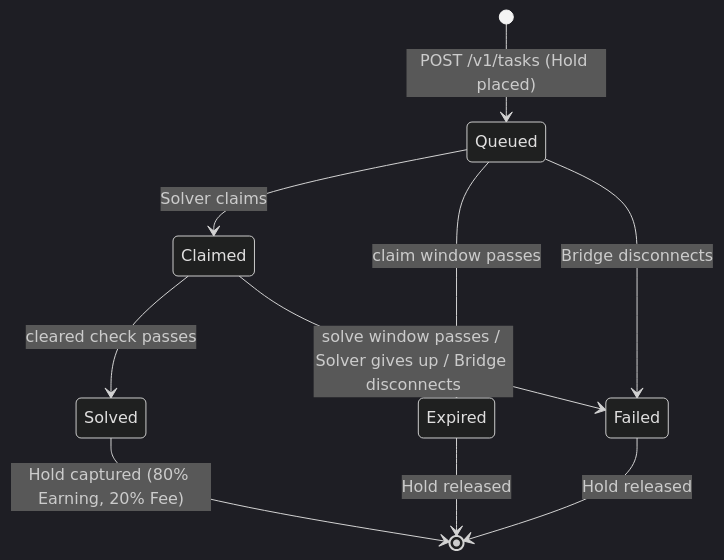
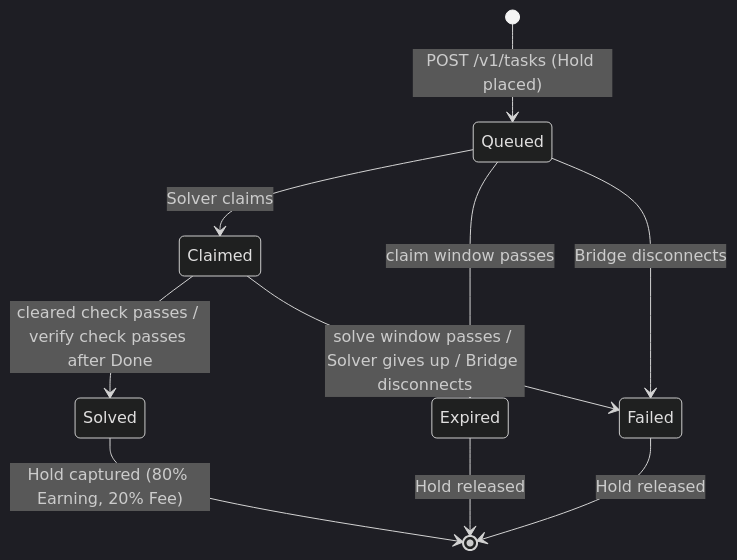
The second of 5 diagrams in README.md (yuchia329/overpass), drawn with Mermaid (dark theme) before and after one commit. The commit also changed other lines of this file and 26 other files, not shown here.

````diff
--- a/README.md
+++ b/README.md
@@ -93,12 +99,12 @@
 ```mermaid
 stateDiagram-v2
     [*] --> Queued: POST /v1/tasks (Hold placed)
     Queued --> Claimed: Solver claims
     Queued --> Expired: claim window passes
     Queued --> Failed: Bridge disconnects
-    Claimed --> Solved: cleared check passes
+    Claimed --> Solved: cleared check passes / verify check passes after Done
     Claimed --> Failed: solve window passes / Solver gives up / Bridge disconnects
     Solved --> [*]: Hold captured (80% Earning, 20% Fee)
     Expired --> [*]: Hold released
     Failed --> [*]: Hold released
 ```
````
